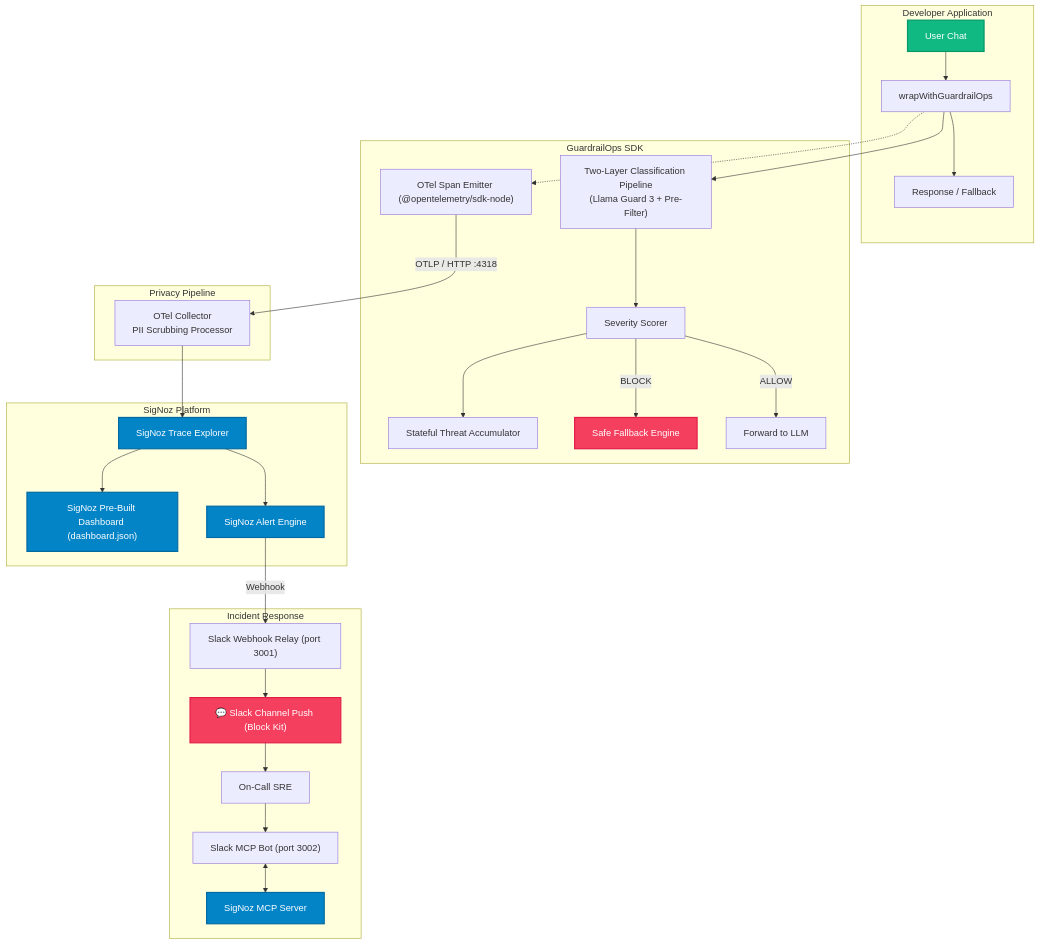
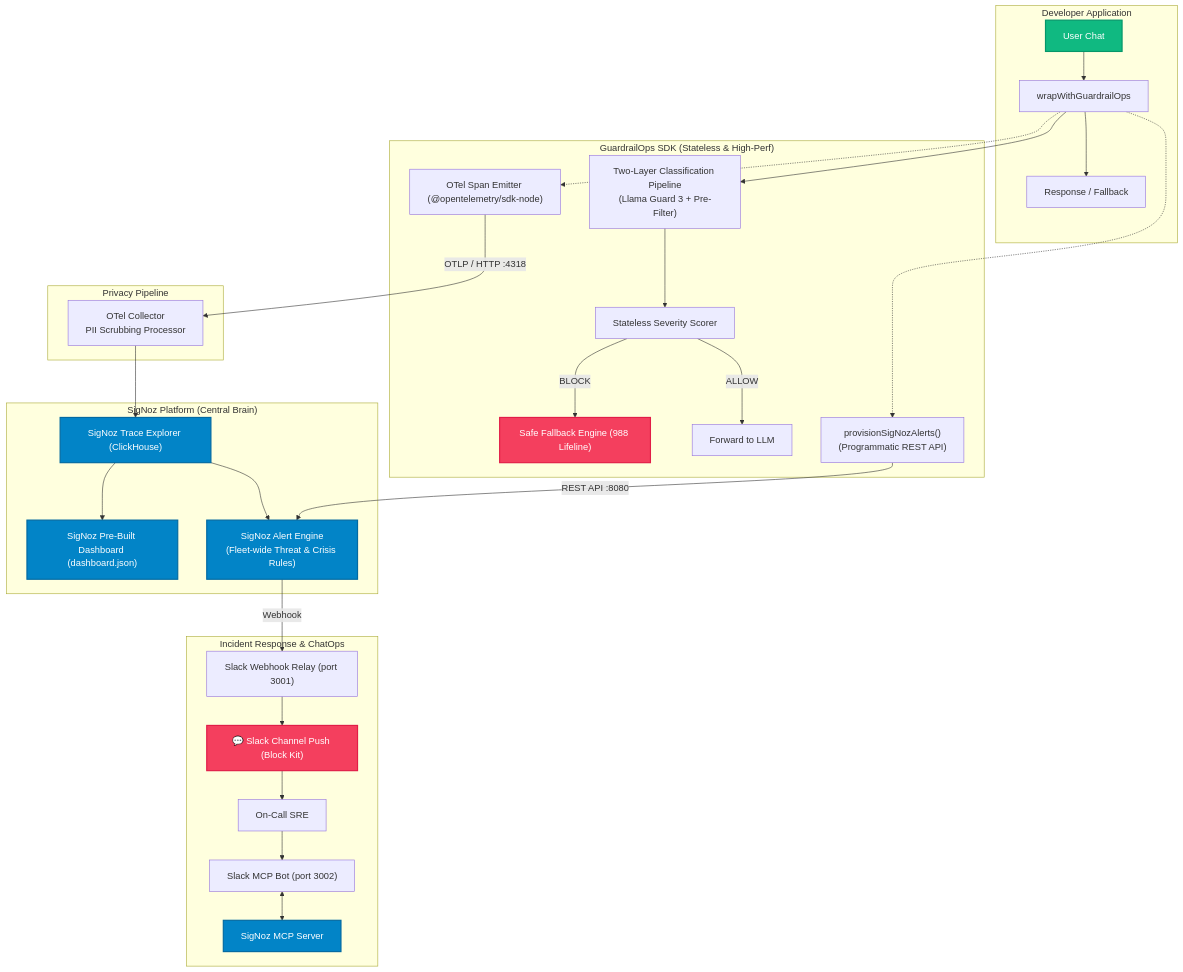
One commit to tarunprajapati88/GuardrailOps changed the diagram in README.md. Above: the diagram before and after it, drawn with Mermaid. The commit also changed other lines of this file and 24 other files, not shown here.

Commit message:
feat: complete GuardrailOps SDK with SigNoz dashboard v3, Meta Llama Guard 3 S1-S13 taxonomy, OTel PII scrubbing, and Slack ChatOps

````diff
--- a/README.md
+++ b/README.md
@@ -168,41 +171,42 @@
 ```mermaid
 flowchart TB
     subgraph APP["Developer Application"]
         USER["User Chat"] --> PROXY["wrapWithGuardrailOps"]
         PROXY --> RESP["Response / Fallback"]
     end
 
-    subgraph SDK["GuardrailOps SDK"]
+    subgraph SDK["GuardrailOps SDK (Stateless & High-Perf)"]
         PROXY --> CLS["Two-Layer Classification Pipeline<br/>(Llama Guard 3 + Pre-Filter)"]
-        CLS --> SCORE["Severity Scorer"]
-        SCORE --> THREAT["Stateful Threat Accumulator"]
-        SCORE -->|BLOCK| BLOCK["Safe Fallback Engine"]
+        CLS --> SCORE["Stateless Severity Scorer"]
+        SCORE -->|BLOCK| BLOCK["Safe Fallback Engine (988 Lifeline)"]
         SCORE -->|ALLOW| LLM["Forward to LLM"]
         PROXY -.-> OTEL["OTel Span Emitter (@opentelemetry/sdk-node)"]
+        PROXY -.-> PROV["provisionSigNozAlerts()<br/>(Programmatic REST API)"]
     end
 
     subgraph PIPE["Privacy Pipeline"]
         OTEL -->|OTLP / HTTP :4318| COLL["OTel Collector<br/>PII Scrubbing Processor"]
     end
 
-    subgraph SZ["SigNoz Platform"]
-        COLL --> TRACES["SigNoz Trace Explorer"]
+    subgraph SZ["SigNoz Platform (Central Brain)"]
+        COLL --> TRACES["SigNoz Trace Explorer (ClickHouse)"]
         TRACES --> DASH["SigNoz Pre-Built Dashboard (dashboard.json)"]
-        TRACES --> ALERT["SigNoz Alert Engine"]
+        PROV -->|REST API :8080| ALERT["SigNoz Alert Engine<br/>(Fleet-wide Threat & Crisis Rules)"]
+        TRACES --> ALERT
     end
 
-    subgraph TRIAGE["Incident Response"]
+    subgraph TRIAGE["Incident Response & ChatOps"]
         ALERT -->|Webhook| RELAY["Slack Webhook Relay (port 3001)"]
         RELAY --> SLACK["💬 Slack Channel Push (Block Kit)"]
         SLACK --> SRE["On-Call SRE"]
         SRE --> BOT["Slack MCP Bot (port 3002)"]
         BOT <--> MCP["SigNoz MCP Server"]
     end
 
     classDef entry fill:#10b981,stroke:#059669,stroke-width:2px,color:#fff;
     classDef alert fill:#f43f5e,stroke:#e11d48,stroke-width:2px,color:#fff;
     classDef signoz fill:#0284c7,stroke:#0369a1,stroke-width:2px,color:#fff;
     class USER entry;
     class BLOCK,ALERT,SLACK alert;
     class TRACES,DASH,ALERT,MCP signoz;
 ```
````
